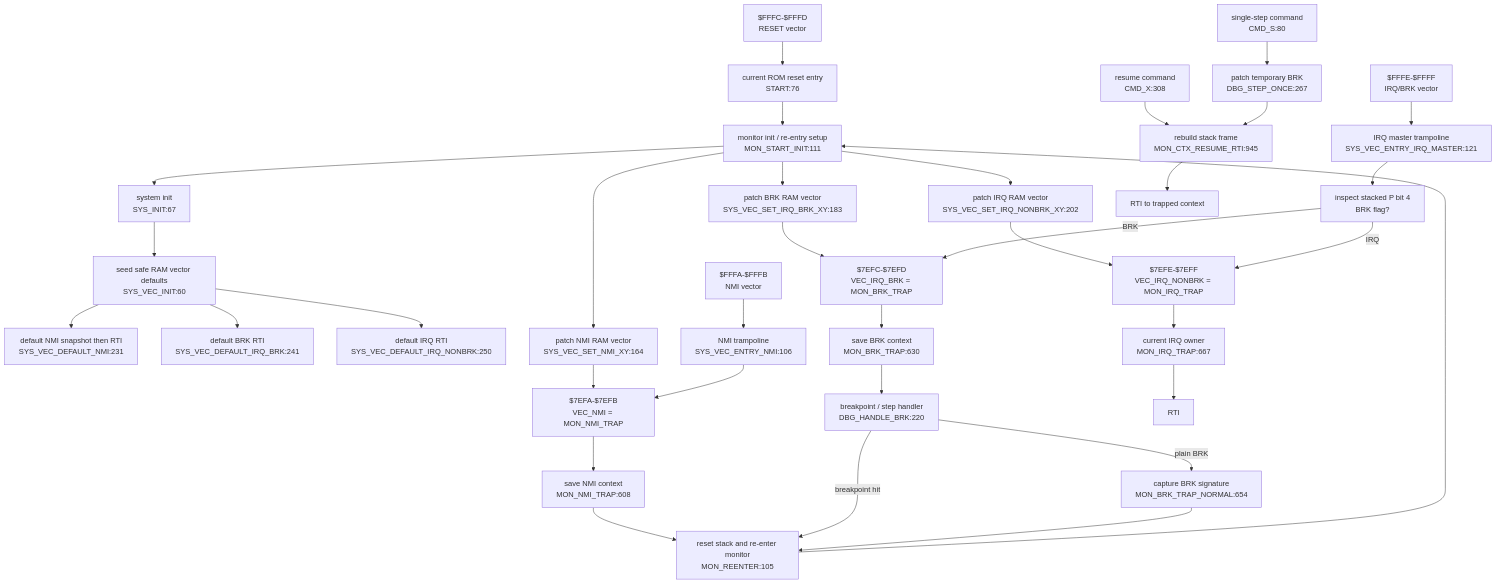
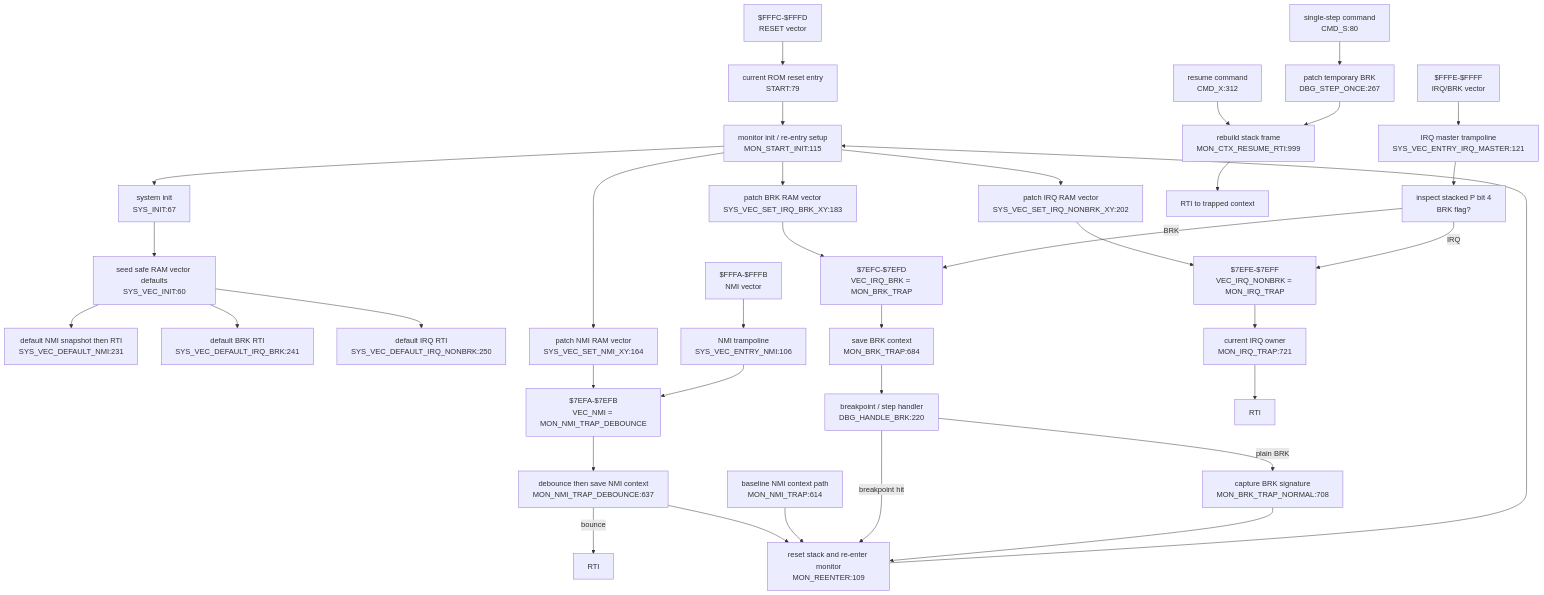
Before and after one commit to 95westus/R-YORS: the diagram in DOC/GENERATED/INTERRUPT_VECTOR_MAP.md, drawn with Mermaid. The commit also changed other lines of this file and 39 other files, not shown here.

````diff
--- a/DOC/GENERATED/INTERRUPT_VECTOR_MAP.md
+++ b/DOC/GENERATED/INTERRUPT_VECTOR_MAP.md
@@ -25,40 +25,42 @@
 ```mermaid
 flowchart TD
-    RESETV["$FFFC-$FFFD<br/>RESET vector"] --> STARTN["current ROM reset entry<br/>START:76"]
-    STARTN --> INIT["monitor init / re-entry setup<br/>MON_START_INIT:111"]
+    RESETV["$FFFC-$FFFD<br/>RESET vector"] --> STARTN["current ROM reset entry<br/>START:79"]
+    STARTN --> INIT["monitor init / re-entry setup<br/>MON_START_INIT:115"]
     INIT --> SYSINIT["system init<br/>SYS_INIT:67"]
     SYSINIT --> VECINIT["seed safe RAM vector defaults<br/>SYS_VEC_INIT:60"]
     VECINIT --> DEFNMI["default NMI snapshot then RTI<br/>SYS_VEC_DEFAULT_NMI:231"]
     VECINIT --> DEFBRK["default BRK RTI<br/>SYS_VEC_DEFAULT_IRQ_BRK:241"]
     VECINIT --> DEFIRQ["default IRQ RTI<br/>SYS_VEC_DEFAULT_IRQ_NONBRK:250"]
 
     INIT --> SETNMI["patch NMI RAM vector<br/>SYS_VEC_SET_NMI_XY:164"]
     INIT --> SETBRK["patch BRK RAM vector<br/>SYS_VEC_SET_IRQ_BRK_XY:183"]
     INIT --> SETIRQ["patch IRQ RAM vector<br/>SYS_VEC_SET_IRQ_NONBRK_XY:202"]
-    SETNMI --> VECNMI["$7EFA-$7EFB<br/>VEC_NMI = MON_NMI_TRAP"]
+    SETNMI --> VECNMI["$7EFA-$7EFB<br/>VEC_NMI = MON_NMI_TRAP_DEBOUNCE"]
     SETBRK --> VECBRK["$7EFC-$7EFD<br/>VEC_IRQ_BRK = MON_BRK_TRAP"]
     SETIRQ --> VECIRQ["$7EFE-$7EFF<br/>VEC_IRQ_NONBRK = MON_IRQ_TRAP"]
 
     NMIV["$FFFA-$FFFB<br/>NMI vector"] --> NMIENTRY["NMI trampoline<br/>SYS_VEC_ENTRY_NMI:106"]
     NMIENTRY --> VECNMI
-    VECNMI --> NMITRAP["save NMI context<br/>MON_NMI_TRAP:608"]
-    NMITRAP --> REENTER["reset stack and re-enter monitor<br/>MON_REENTER:105"]
+    VECNMI --> NMITRAP["debounce then save NMI context<br/>MON_NMI_TRAP_DEBOUNCE:637"]
+    NMITRAP -->|bounce| RTINMI["RTI"]
+    NMITRAP --> REENTER["reset stack and re-enter monitor<br/>MON_REENTER:109"]
+    NMIBASE["baseline NMI context path<br/>MON_NMI_TRAP:614"] --> REENTER
     REENTER --> INIT
 
     IRQV["$FFFE-$FFFF<br/>IRQ/BRK vector"] --> IRQMASTER["IRQ master trampoline<br/>SYS_VEC_ENTRY_IRQ_MASTER:121"]
     IRQMASTER --> SPLIT["inspect stacked P bit 4<br/>BRK flag?"]
     SPLIT -->|BRK| VECBRK
     SPLIT -->|IRQ| VECIRQ
-    VECBRK --> BRKTRAP["save BRK context<br/>MON_BRK_TRAP:630"]
+    VECBRK --> BRKTRAP["save BRK context<br/>MON_BRK_TRAP:684"]
     BRKTRAP --> DBGBRK["breakpoint / step handler<br/>DBG_HANDLE_BRK:220"]
     DBGBRK -->|breakpoint hit| REENTER
-    DBGBRK -->|plain BRK| BRKNORMAL["capture BRK signature<br/>MON_BRK_TRAP_NORMAL:654"]
+    DBGBRK -->|plain BRK| BRKNORMAL["capture BRK signature<br/>MON_BRK_TRAP_NORMAL:708"]
     BRKNORMAL --> REENTER
-    VECIRQ --> IRQTRAP["current IRQ owner<br/>MON_IRQ_TRAP:667"]
+    VECIRQ --> IRQTRAP["current IRQ owner<br/>MON_IRQ_TRAP:721"]
     IRQTRAP --> RTIIRQ["RTI"]
 
-    CMDX["resume command<br/>CMD_X:308"] --> RESUME["rebuild stack frame<br/>MON_CTX_RESUME_RTI:945"]
+    CMDX["resume command<br/>CMD_X:312"] --> RESUME["rebuild stack frame<br/>MON_CTX_RESUME_RTI:999"]
     CMDS["single-step command<br/>CMD_S:80"] --> STEP["patch temporary BRK<br/>DBG_STEP_ONCE:267"]
     STEP --> RESUME
     RESUME --> RTIRES["RTI to trapped context"]
 ```
````
